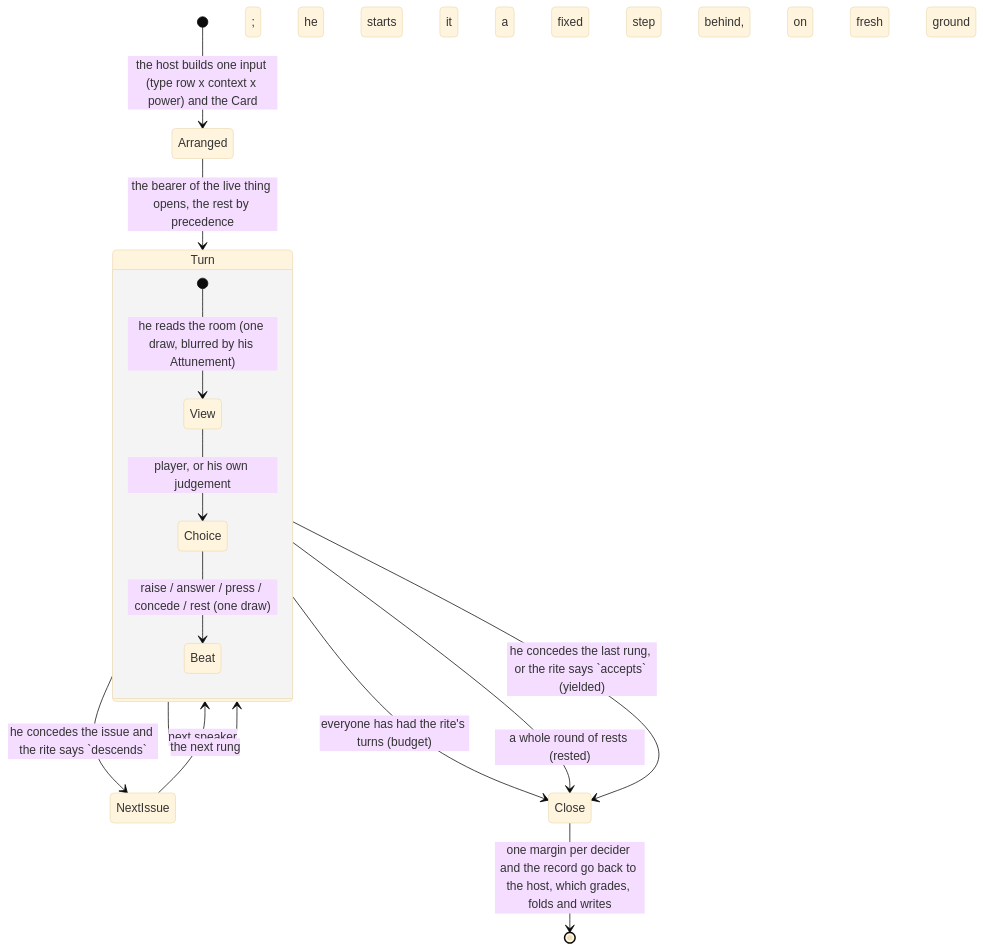
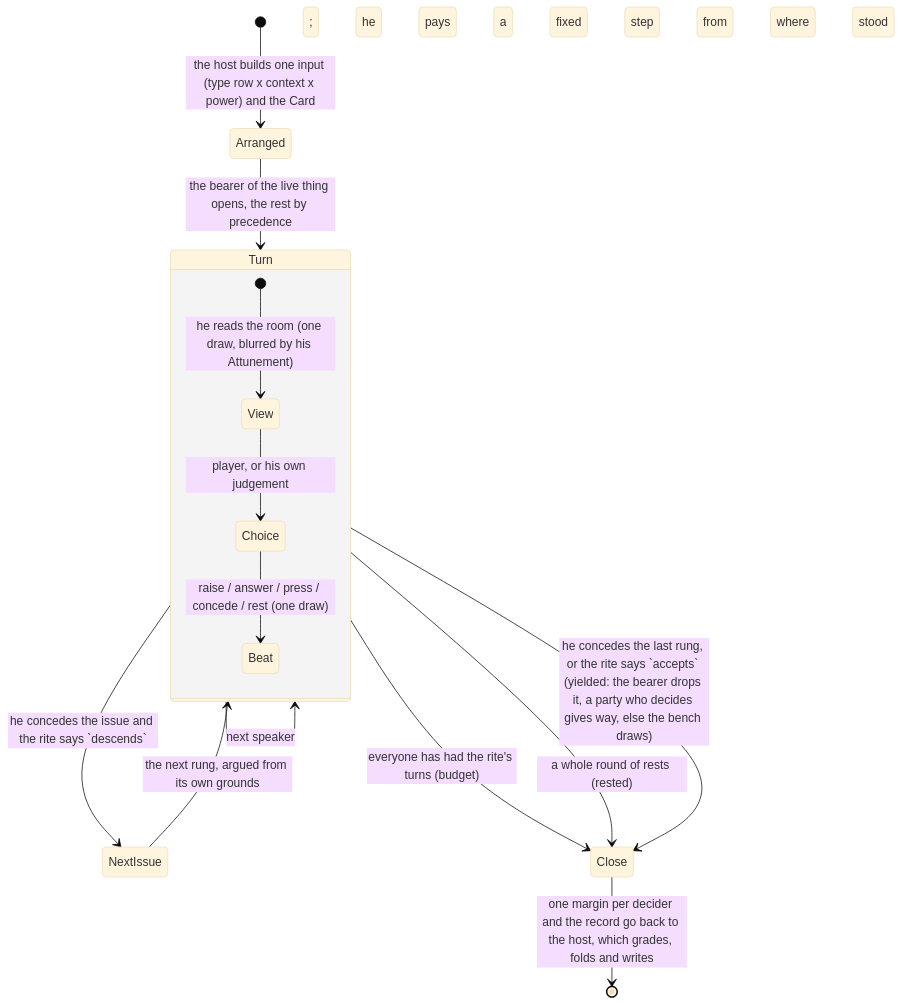
One commit to jordanelias/ttrpg changed the first of 2 diagrams in proposals/2026-11-12-subsystem-audit-suite/proposals/2026-11-15-social-contest-redesign-v2.md. Above: the diagram before and after it, drawn with Mermaid (base theme). The commit also changed other lines of this file and 4 other files, not shown here.

````diff
--- a/proposals/2026-11-12-subsystem-audit-suite/proposals/2026-11-15-social-contest-redesign-v2.md
+++ b/proposals/2026-11-12-subsystem-audit-suite/proposals/2026-11-15-social-contest-redesign-v2.md
@@ -175,17 +186,17 @@
 ```mermaid
 stateDiagram-v2
     [*] --> Arranged: the host builds one input (type row x context x power) and the Card
     Arranged --> Turn: the bearer of the live thing opens, the rest by precedence
     state Turn {
         [*] --> View: he reads the room (one draw, blurred by his Attunement)
         View --> Choice: player, or his own judgement
         Choice --> Beat: raise / answer / press / concede / rest (one draw)
     }
     Turn --> Turn: next speaker
     Turn --> NextIssue: he concedes the issue and the rite says `descends`
-    NextIssue --> Turn: the next rung; he starts it a fixed step behind, on fresh ground
+    NextIssue --> Turn: the next rung, argued from its own grounds; he pays a fixed step from where he stood
     Turn --> Close: everyone has had the rite's turns (budget)
     Turn --> Close: a whole round of rests (rested)
-    Turn --> Close: he concedes the last rung, or the rite says `accepts` (yielded)
+    Turn --> Close: he concedes the last rung, or the rite says `accepts` (yielded: the bearer drops it, a party who decides gives way, else the bench draws)
     Close --> [*]: one margin per decider and the record go back to the host, which grades, folds and writes
 ```
````
